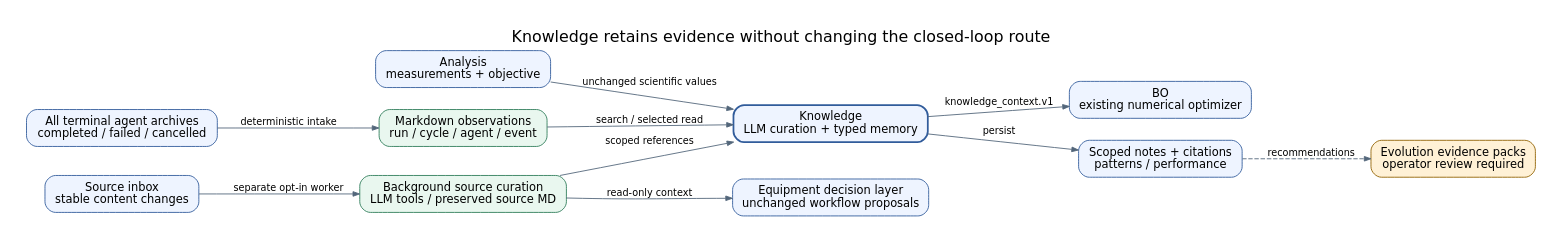
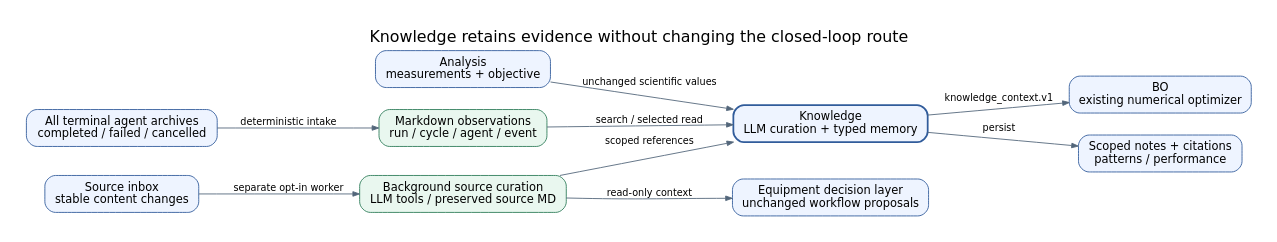
The diagram in docs/agents/assets/figures/knowledge_01_closed_loop_handoffs.dot (JIN9811/autonomous_researcher), drawn with Graphviz before and after one commit. The commit also changed 224 other files, not shown here.

```diff
--- a/docs/agents/assets/figures/knowledge_01_closed_loop_handoffs.dot
+++ b/docs/agents/assets/figures/knowledge_01_closed_loop_handoffs.dot
@@ -1,24 +1,22 @@
 digraph knowledge_closed_loop_handoffs {
   graph [rankdir=LR, bgcolor="white", pad="0.3", nodesep="0.35", ranksep="0.48", fontname="DejaVu Sans", fontsize=18, label="Knowledge retains evidence without changing the closed-loop route", labelloc=t];
   node [shape=box, style="rounded,filled", fillcolor="#EEF4FF", color="#315C9B", fontname="DejaVu Sans", fontsize=13, margin="0.13,0.1"];
   edge [color="#52667A", fontname="DejaVu Sans", fontsize=11, arrowsize=0.75];
   analysis [label="Analysis\nmeasurements + objective"];
   knowledge [label="Knowledge\nLLM curation + typed memory", penwidth=2];
   bo [label="BO\nexisting numerical optimizer"];
   archive [label="All terminal agent archives\ncompleted / failed / cancelled"];
   md [label="Markdown observations\nrun / cycle / agent / event", fillcolor="#E9F7EF", color="#2E7D59"];
   context [label="Scoped notes + citations\npatterns / performance"];
-  evolution [label="Evolution evidence packs\noperator review required", fillcolor="#FFF1D6", color="#916100"];
   inbox [label="Source inbox\nstable content changes"];
   sources [label="Background source curation\nLLM tools / preserved source MD", fillcolor="#E9F7EF", color="#2E7D59"];
   equipment [label="Equipment decision layer\nunchanged workflow proposals"];
   analysis -> knowledge [label="unchanged scientific values"];
   knowledge -> bo [label="knowledge_context.v1"];
   archive -> md [label="deterministic intake"];
   md -> knowledge [label="search / selected read"];
   knowledge -> context [label="persist"];
-  context -> evolution [style=dashed, label="recommendations"];
   inbox -> sources [label="separate opt-in worker"];
   sources -> knowledge [label="scoped references"];
   sources -> equipment [label="read-only context"];
 }
```
